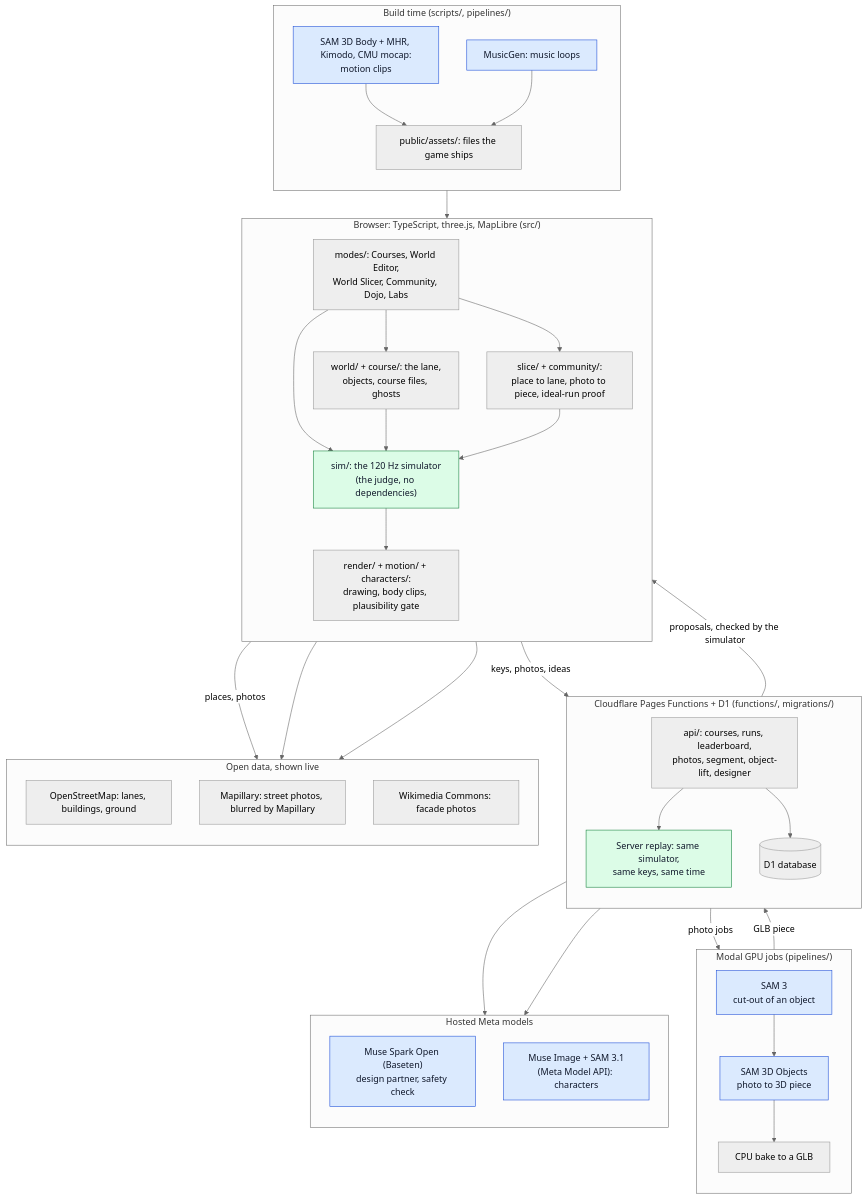
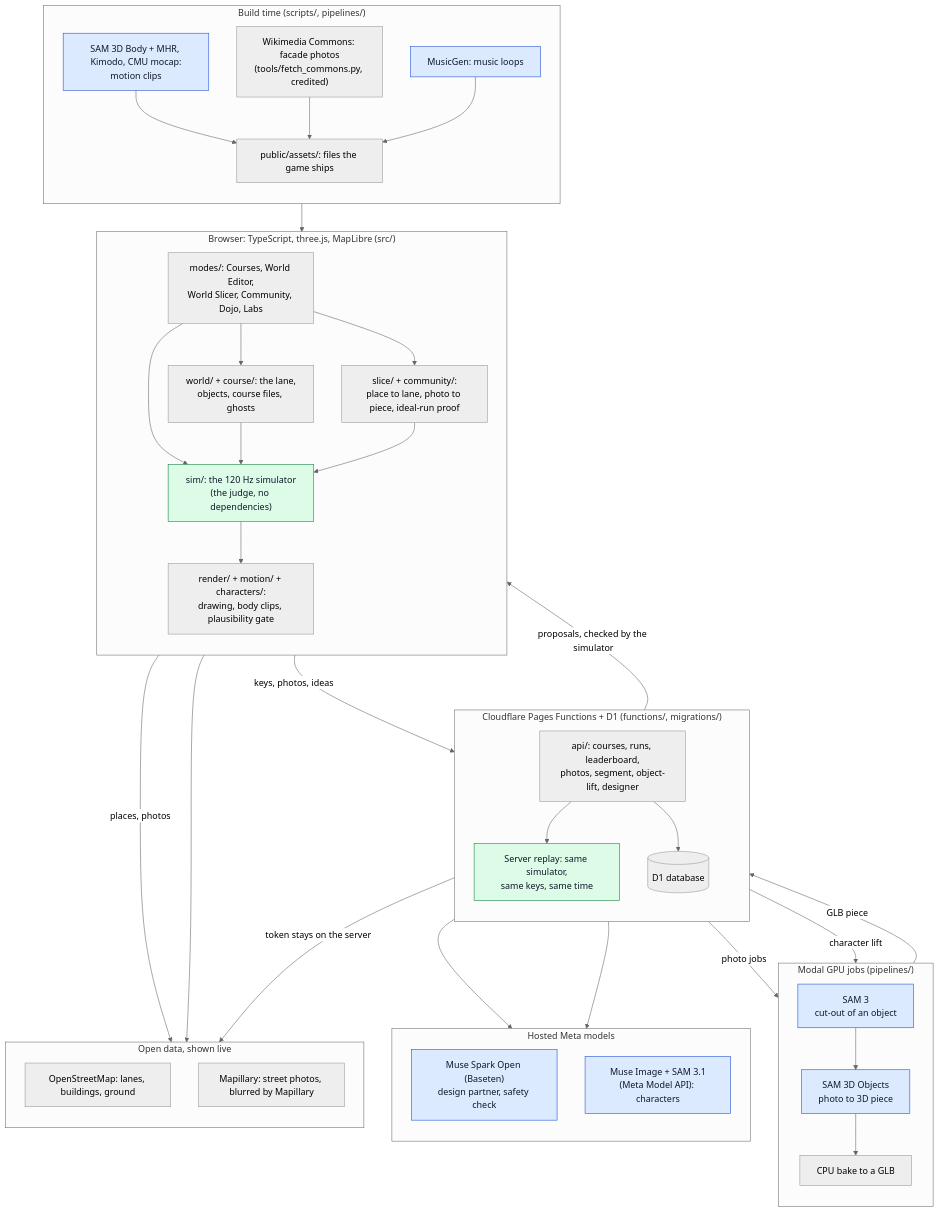
Before and after one commit to gitgithan/conquercourse: the first of 8 diagrams in README.md, drawn with Mermaid (neutral theme). The commit also changed other lines of this file and 7 other files, not shown here.

Commit message:
Diagrams B: architecture without live Commons, editor flow with Ask AI / Make it easier, Q/T arm 0.8 m, bars now in the search, stale Find a repair texts - Part of CC-133

````diff
--- a/README.md
+++ b/README.md
@@ -150,72 +150,74 @@
 ```mermaid
 flowchart TB
   subgraph BROWSER["Browser: TypeScript, three.js, MapLibre (src/)"]
     direction TB
     MODES["modes/: Courses, World Editor,<br/>World Slicer, Community, Dojo, Labs"]
     SIM["sim/: the 120 Hz simulator<br/>(the judge, no dependencies)"]
     WORLD["world/ + course/: the lane,<br/>objects, course files, ghosts"]
     REND["render/ + motion/ + characters/:<br/>drawing, body clips, plausibility gate"]
     SLICE["slice/ + community/:<br/>place to lane, photo to piece, ideal-run proof"]
     MODES --> SIM
     MODES --> WORLD
     WORLD --> SIM
     SIM --> REND
     MODES --> SLICE
     SLICE --> SIM
   end
 
   subgraph EDGE["Cloudflare Pages Functions + D1 (functions/, migrations/)"]
     direction TB
     API["api/: courses, runs, leaderboard,<br/>photos, segment, object-lift, designer"]
     REPLAY["Server replay: same simulator,<br/>same keys, same time"]
     DB[("D1 database")]
     API --> REPLAY
     API --> DB
   end
 
   subgraph GPU["Modal GPU jobs (pipelines/)"]
     direction TB
     SAM3["SAM 3<br/>cut-out of an object"]
     SAM3D["SAM 3D Objects<br/>photo to 3D piece"]
     BAKE["CPU bake to a GLB"]
     SAM3 --> SAM3D --> BAKE
   end
 
   subgraph MODELAPI["Hosted Meta models"]
     direction TB
     SPARK["Muse Spark Open (Baseten)<br/>design partner, safety check"]
     IMG["Muse Image + SAM 3.1<br/>(Meta Model API): characters"]
   end
 
   subgraph DATA["Open data, shown live"]
     direction TB
     OSM["OpenStreetMap: lanes, buildings, ground"]
     MAP["Mapillary: street photos, blurred by Mapillary"]
-    COM["Wikimedia Commons: facade photos"]
   end
 
   subgraph BUILD["Build time (scripts/, pipelines/)"]
     direction TB
     MOT["SAM 3D Body + MHR, Kimodo, CMU mocap:<br/>motion clips"]
     MUS["MusicGen: music loops"]
     FILES["public/assets/: files the game ships"]
+    COM["Wikimedia Commons: facade photos<br/>(tools/fetch_commons.py, credited)"]
     MOT --> FILES
+    COM --> FILES
     MUS --> FILES
   end
 
   BROWSER -->|"keys, photos, ideas"| API
   API -->|"proposals, checked by the simulator"| BROWSER
   API --> SPARK
   API --> IMG
   API -->|"photo jobs"| SAM3
+  API -->|"character lift"| SAM3D
   BAKE -->|"GLB piece"| API
   BROWSER -->|"places, photos"| OSM
   BROWSER --> MAP
-  BROWSER --> COM
+  API -->|"token stays on the server"| MAP
   FILES --> BROWSER
 
   classDef meta fill:#dbeafe,stroke:#1d4ed8,color:#0f172a;
   class SAM3,SAM3D,SPARK,IMG,MOT,MUS meta;
   classDef judge fill:#dcfce7,stroke:#15803d,color:#0f172a;
   class SIM,REPLAY judge;
 ```
````
